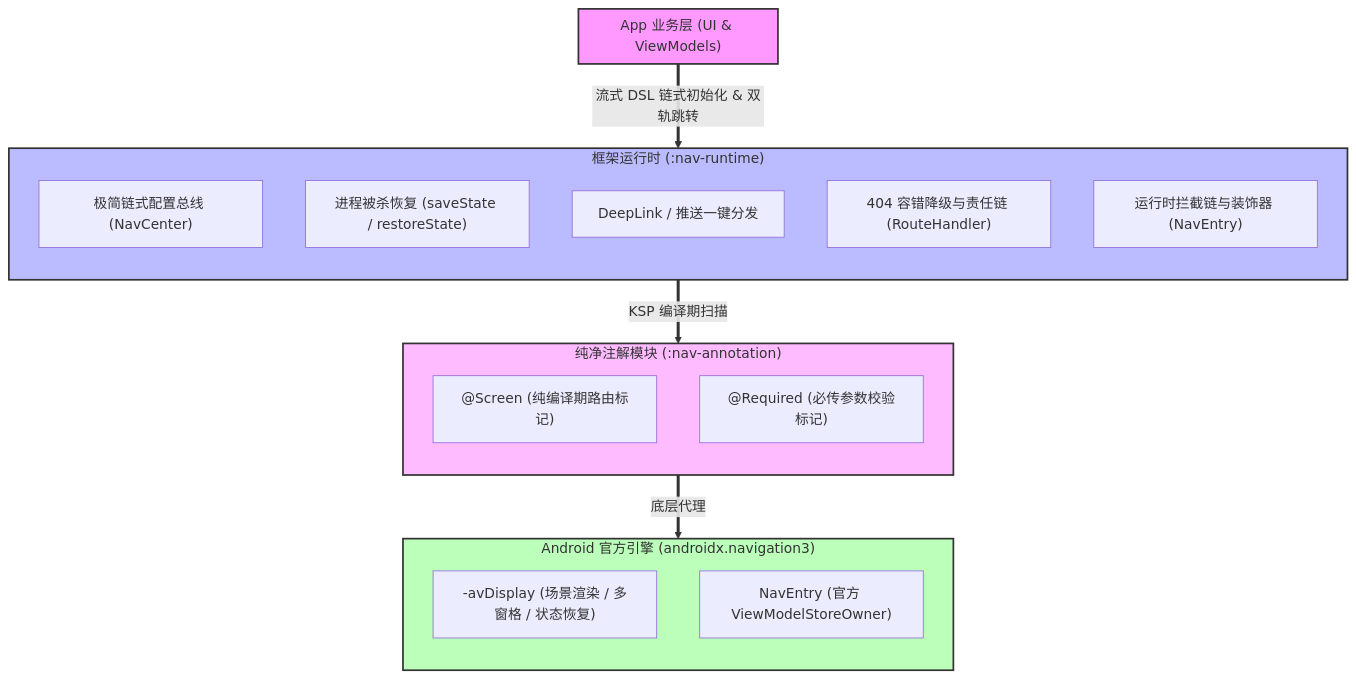
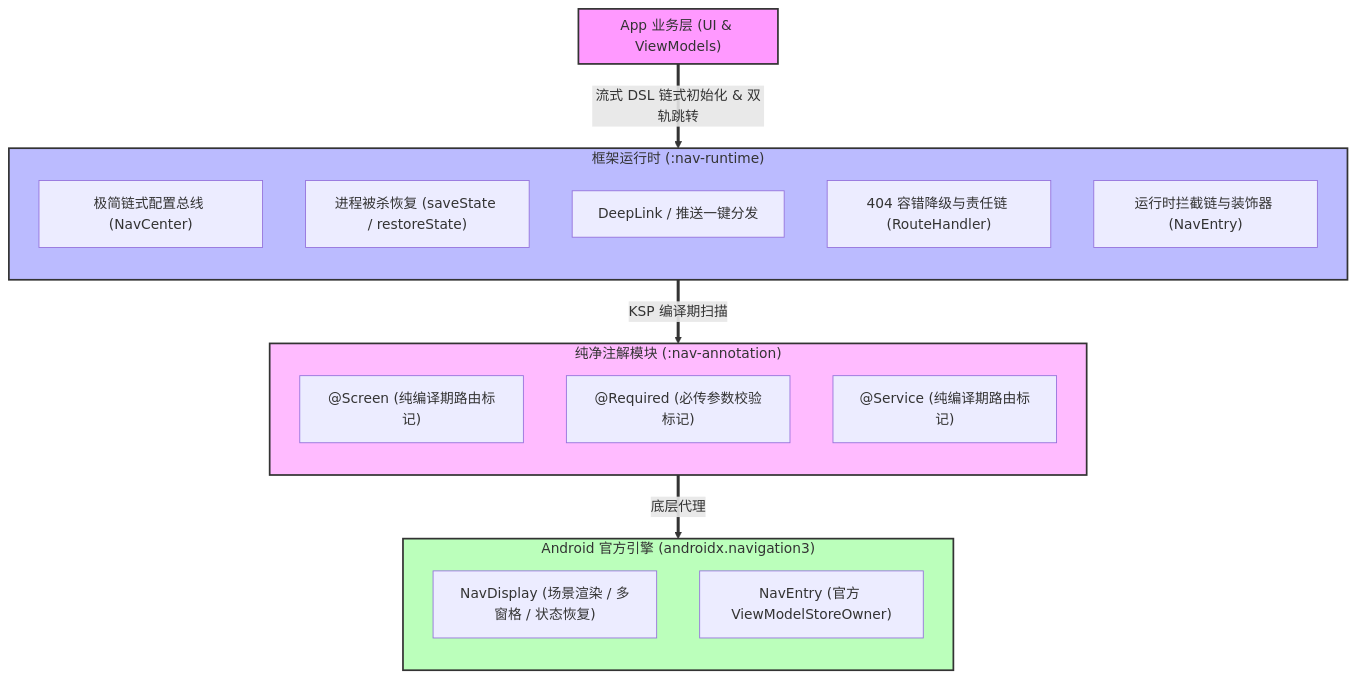
One commit to dalingge/nav3-router changed the diagram in README.md. Above: the diagram before and after it, drawn with Mermaid. The commit also changed 1 other file, not shown here.

Commit message:
文档修改

````diff
--- a/README.md
+++ b/README.md
@@ -20,36 +20,37 @@
 ```mermaid
 graph TD
     subgraph UI ["App 业务层 (UI & ViewModels)"]
         direction TB
     end
 
     subgraph Runtime ["框架运行时 (:nav-runtime)"]
         direction TB
         RT1["极简链式配置总线 (NavCenter)"]
         RT2["进程被杀恢复 (saveState / restoreState)"]
         RT3["DeepLink / 推送一键分发"]
         RT4["404 容错降级与责任链 (RouteHandler)"]
         RT5["运行时拦截链与装饰器 (NavEntry)"]
     end
 
     subgraph Annotation ["纯净注解模块 (:nav-annotation)"]
         direction TB
         AN1["@Screen (纯编译期路由标记)"]
         AN2["@Required (必传参数校验标记)"]
+        AN3["@Service (纯编译期路由标记)"] 
     end
 
     subgraph Engine ["Android 官方引擎 (androidx.navigation3)"]
         direction TB
-        EN1["-avDisplay (场景渲染 / 多窗格 / 状态恢复)"]
+        EN1["NavDisplay (场景渲染 / 多窗格 / 状态恢复)"]
         EN2["NavEntry (官方 ViewModelStoreOwner)"]
     end
 
     UI ==>|"流式 DSL 链式初始化 & 双轨跳转"| Runtime
     Runtime ==>|"KSP 编译期扫描"| Annotation
     Annotation ==>|"底层代理"| Engine
 
     style UI fill:#f9f,stroke:#333,stroke-width:2px
     style Runtime fill:#bbf,stroke:#333,stroke-width:2px
     style Annotation fill:#fbf,stroke:#333,stroke-width:2px
     style Engine fill:#bfb,stroke:#333,stroke-width:2px
 ```
````
